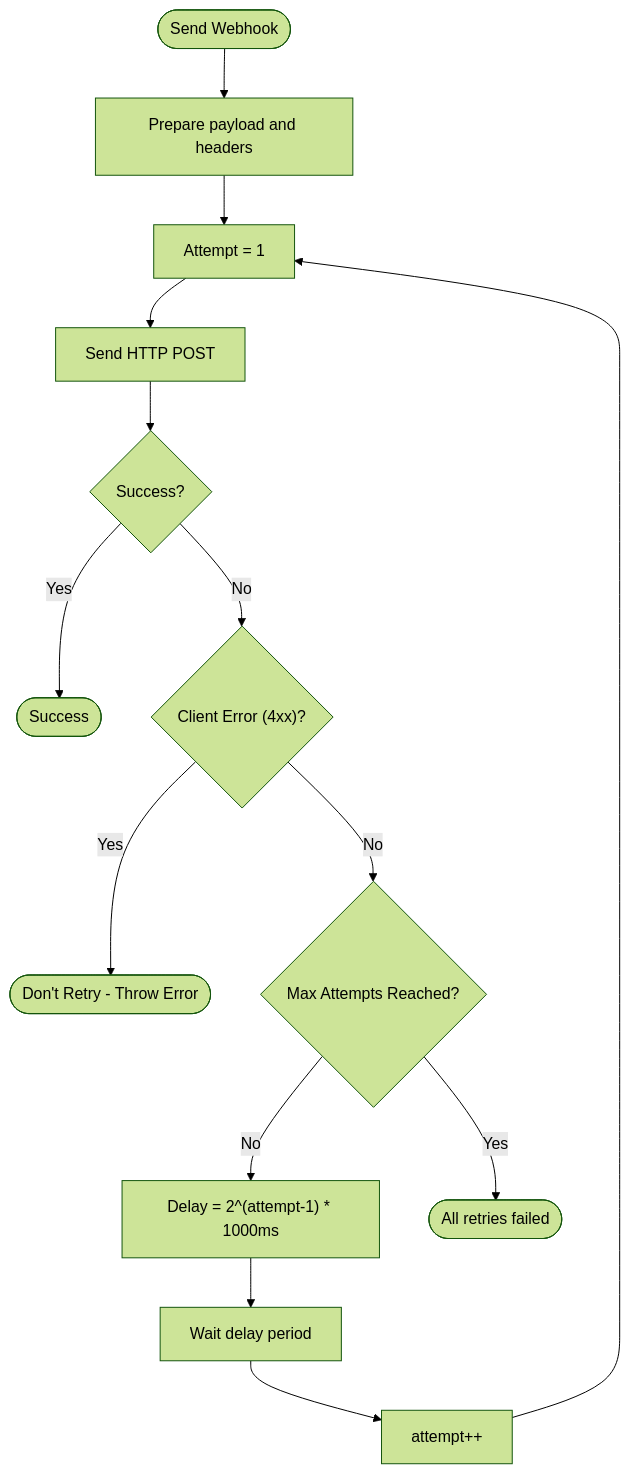
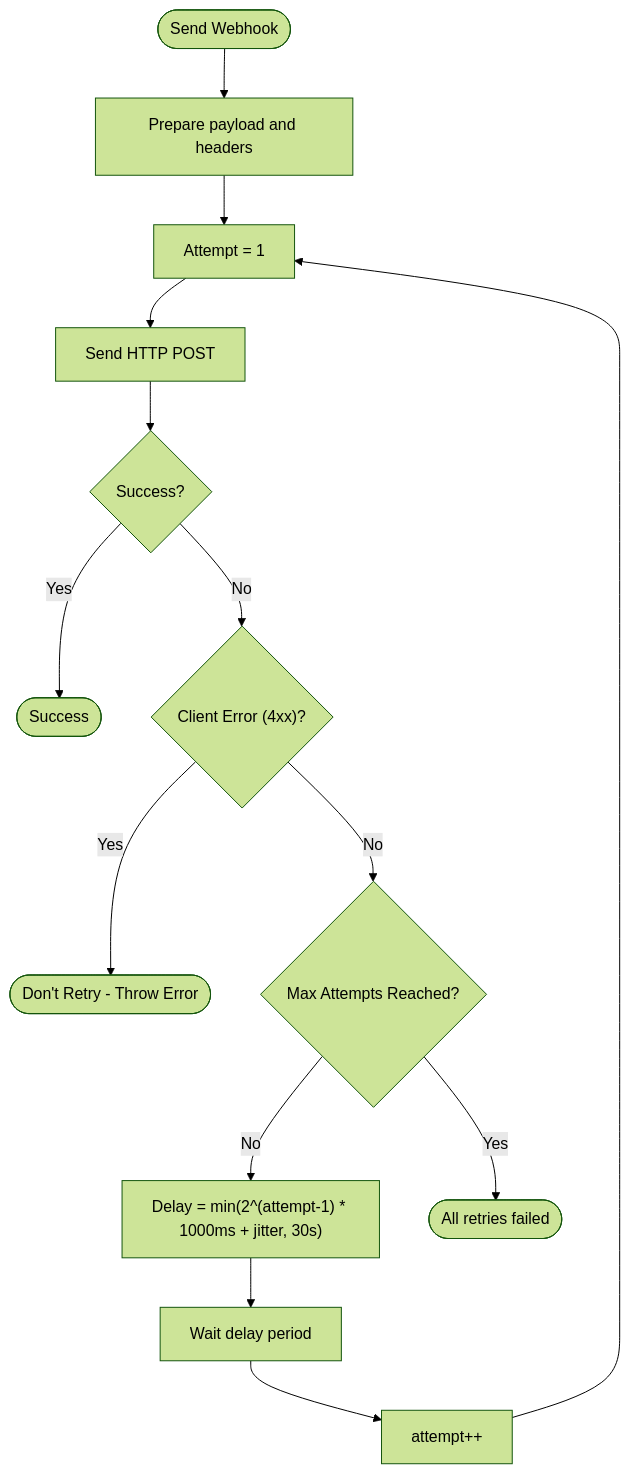
Before and after one commit to sontl/novita-ai-api: the fourth of 10 diagrams in .qoder/repowiki/en/content/External Integrations/Webhook Notification System.md, drawn with Mermaid (forest theme). The commit also changed other lines of this file and 76 other files, not shown here.

````diff
--- a/.qoder/repowiki/en/content/External Integrations/Webhook Notification System.md
+++ b/.qoder/repowiki/en/content/External Integrations/Webhook Notification System.md
@@ -128,16 +216,16 @@
 ```mermaid
 flowchart TD
 Start([Send Webhook]) --> Prepare["Prepare payload and headers"]
 Prepare --> Attempt["Attempt = 1"]
 Attempt --> Send["Send HTTP POST"]
 Send --> Success{"Success?"}
 Success --> |Yes| End([Success])
 Success --> |No| ClientError{"Client Error (4xx)?"}
 ClientError --> |Yes| Fail([Don't Retry - Throw Error])
 ClientError --> |No| MaxAttempts{"Max Attempts Reached?"}
-MaxAttempts --> |No| CalculateDelay["Delay = 2^(attempt-1) * 1000ms"]
+MaxAttempts --> |No| CalculateDelay["Delay = min(2^(attempt-1) * 1000ms + jitter, 30s)"]
 CalculateDelay --> Wait["Wait delay period"]
 Wait --> Increment["attempt++"]
 Increment --> Attempt
 MaxAttempts --> |Yes| FinalFail([All retries failed])
 ```
````
